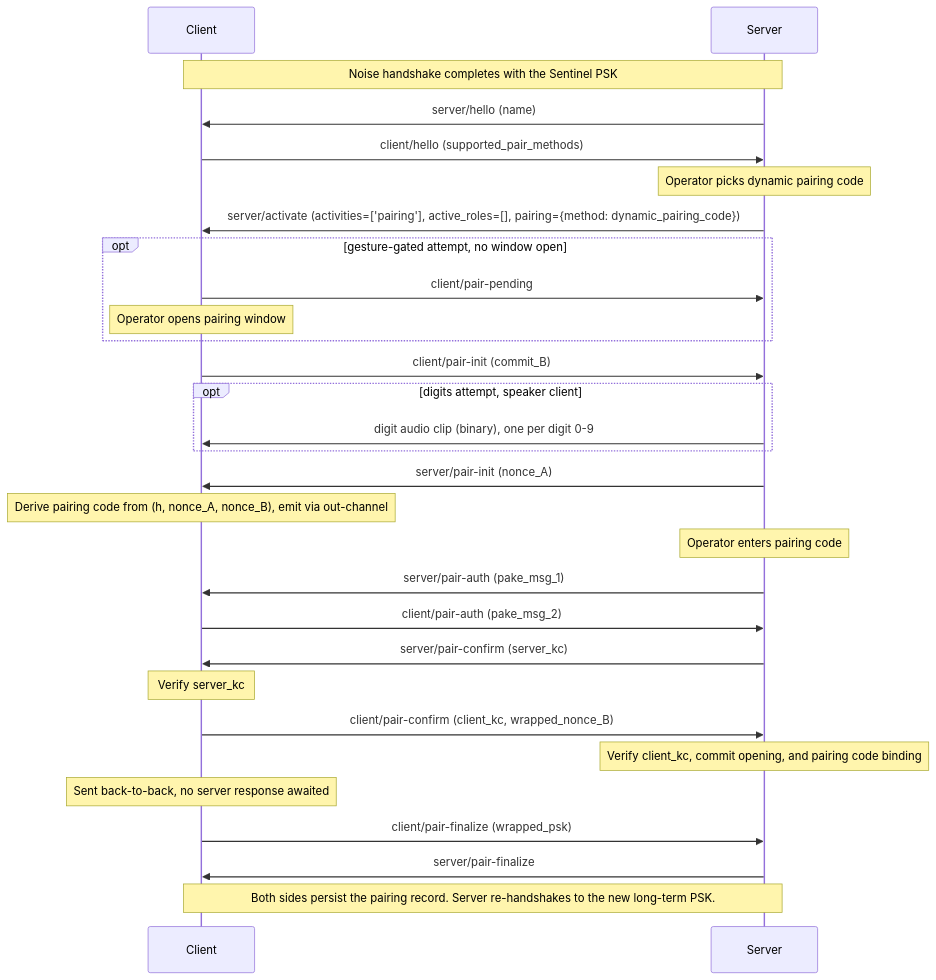
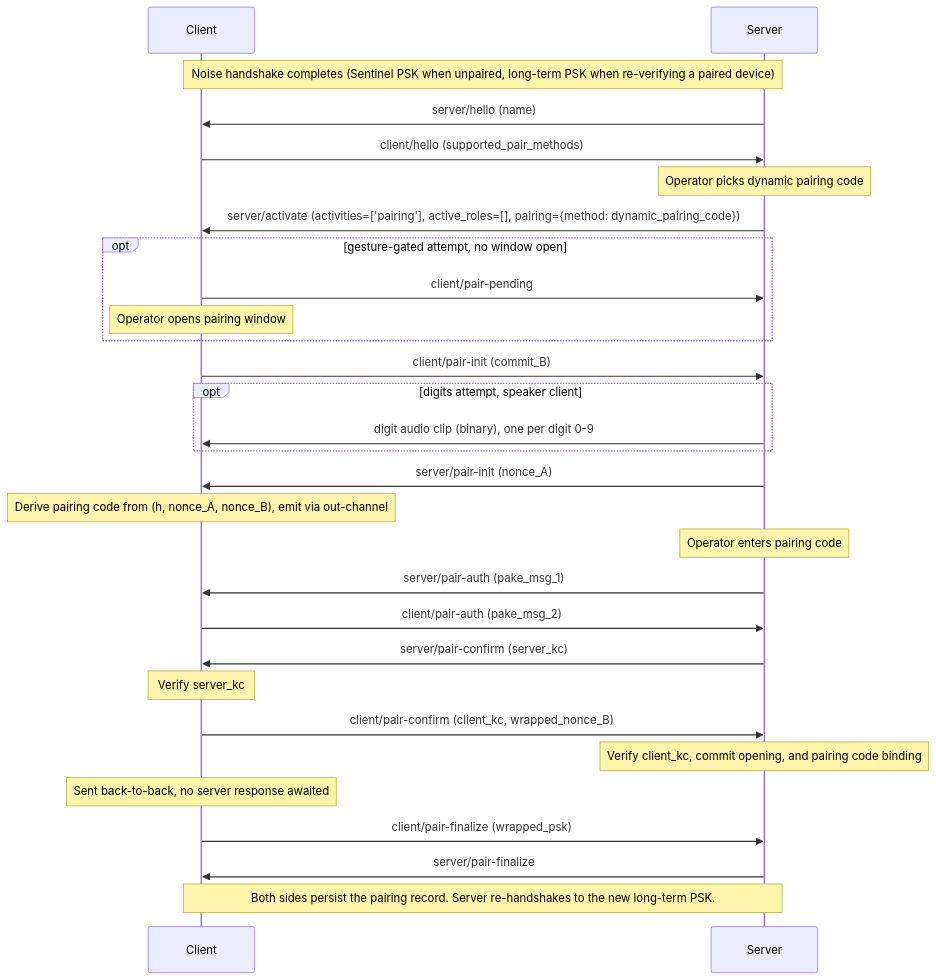
Before and after one commit to Resonate-Protocol/spec: the third of 4 diagrams in README.md, drawn with Mermaid. The commit also changed other lines of this file and 2 other files, not shown here.

First line of the commit message:
Keep the already-paired pairing entry

````diff
--- a/README.md
+++ b/README.md
@@ -820,33 +823,33 @@
 ```mermaid
 sequenceDiagram
     participant Client
     participant Server
 
-    Note over Client,Server: Noise handshake completes with the Sentinel PSK
+    Note over Client,Server: Noise handshake completes (Sentinel PSK when unpaired, long-term PSK when re-verifying a paired device)
 
     Server->>Client: server/hello (name)
     Client->>Server: client/hello (supported_pair_methods)
     Note over Server: Operator picks dynamic pairing code
     Server->>Client: server/activate (activities=['pairing'], active_roles=[], pairing={method: dynamic_pairing_code})
     opt gesture-gated attempt, no window open
         Client->>Server: client/pair-pending
         Note over Client: Operator opens pairing window
     end
     Client->>Server: client/pair-init (commit_B)
     opt digits attempt, speaker client
         Server->>Client: digit audio clip (binary), one per digit 0-9
     end
     Server->>Client: server/pair-init (nonce_A)
     Note over Client: Derive pairing code from (h, nonce_A, nonce_B), emit via out-channel
     Note over Server: Operator enters pairing code
     Server->>Client: server/pair-auth (pake_msg_1)
     Client->>Server: client/pair-auth (pake_msg_2)
     Server->>Client: server/pair-confirm (server_kc)
     Note over Client: Verify server_kc
     Client->>Server: client/pair-confirm (client_kc, wrapped_nonce_B)
     Note over Server: Verify client_kc, commit opening, and pairing code binding
     Note over Client: Sent back-to-back, no server response awaited
     Client->>Server: client/pair-finalize (wrapped_psk)
     Server->>Client: server/pair-finalize
     Note over Client,Server: Both sides persist the pairing record. Server re-handshakes to the new long-term PSK.
 ```
````
